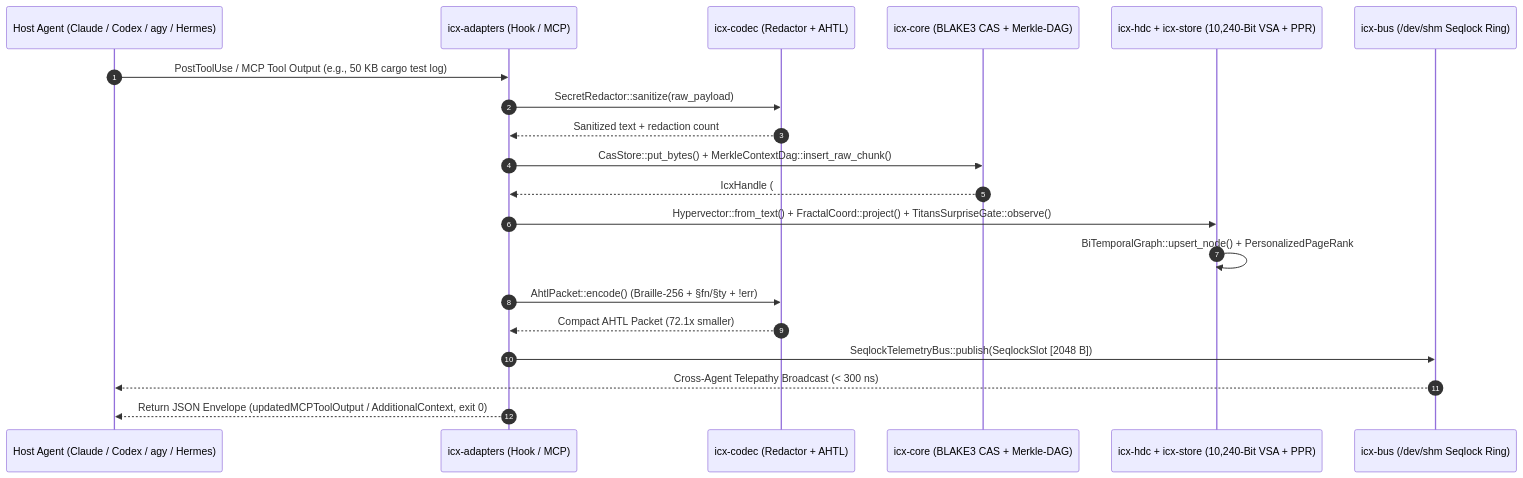
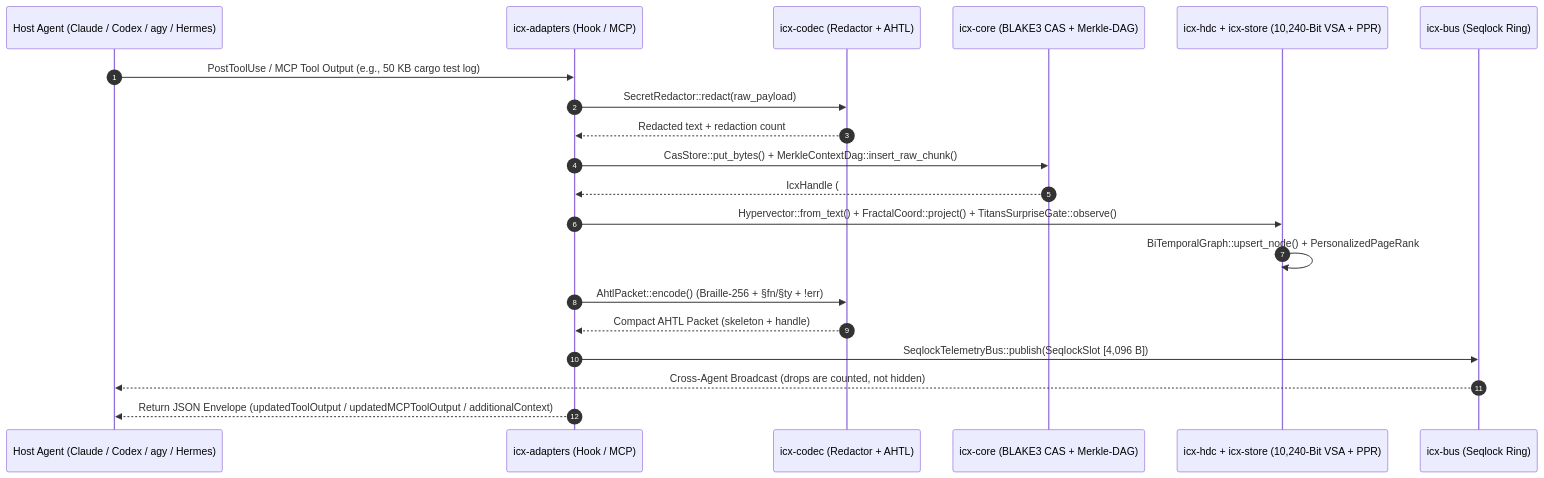
Before and after one commit to doublegate/Infinity-Context: the second of 3 diagrams in README.md, drawn with Mermaid. The commit also changed other lines of this file and 146 other files, not shown here.

````diff
--- a/README.md
+++ b/README.md
@@ -178,23 +189,23 @@
 ```mermaid
 sequenceDiagram
   autonumber
   participant Agent as Host Agent (Claude / Codex / agy / Hermes)
   participant Hook as icx-adapters (Hook / MCP)
   participant Codec as icx-codec (Redactor + AHTL)
   participant DAG as icx-core (BLAKE3 CAS + Merkle-DAG)
   participant HDC as icx-hdc + icx-store (10,240-Bit VSA + PPR)
-  participant SHM as icx-bus (/dev/shm Seqlock Ring)
+  participant SHM as icx-bus (Seqlock Ring)
 
   Agent->>Hook: PostToolUse / MCP Tool Output (e.g., 50 KB cargo test log)
-  Hook->>Codec: SecretRedactor::sanitize(raw_payload)
-  Codec-->>Hook: Sanitized text + redaction count
+  Hook->>Codec: SecretRedactor::redact(raw_payload)
+  Codec-->>Hook: Redacted text + redaction count
   Hook->>DAG: CasStore::put_bytes() + MerkleContextDag::insert_raw_chunk()
   DAG-->>Hook: IcxHandle (#icx:7bf8239fb7c504f1)
   Hook->>HDC: Hypervector::from_text() + FractalCoord::project() + TitansSurpriseGate::observe()
   HDC->>HDC: BiTemporalGraph::upsert_node() + PersonalizedPageRank
   Hook->>Codec: AhtlPacket::encode() (Braille-256 + §fn/§ty + !err)
-  Codec-->>Hook: Compact AHTL Packet (72.1x smaller)
-  Hook->>SHM: SeqlockTelemetryBus::publish(SeqlockSlot [2048 B])
-  SHM-->>Agent: Cross-Agent Telepathy Broadcast (< 300 ns)
-  Hook-->>Agent: Return JSON Envelope (updatedMCPToolOutput / AdditionalContext, exit 0)
+  Codec-->>Hook: Compact AHTL Packet (skeleton + handle)
+  Hook->>SHM: SeqlockTelemetryBus::publish(SeqlockSlot [4,096 B])
+  SHM-->>Agent: Cross-Agent Broadcast (drops are counted, not hidden)
+  Hook-->>Agent: Return JSON Envelope (updatedToolOutput / updatedMCPToolOutput / additionalContext)
 ```
````
